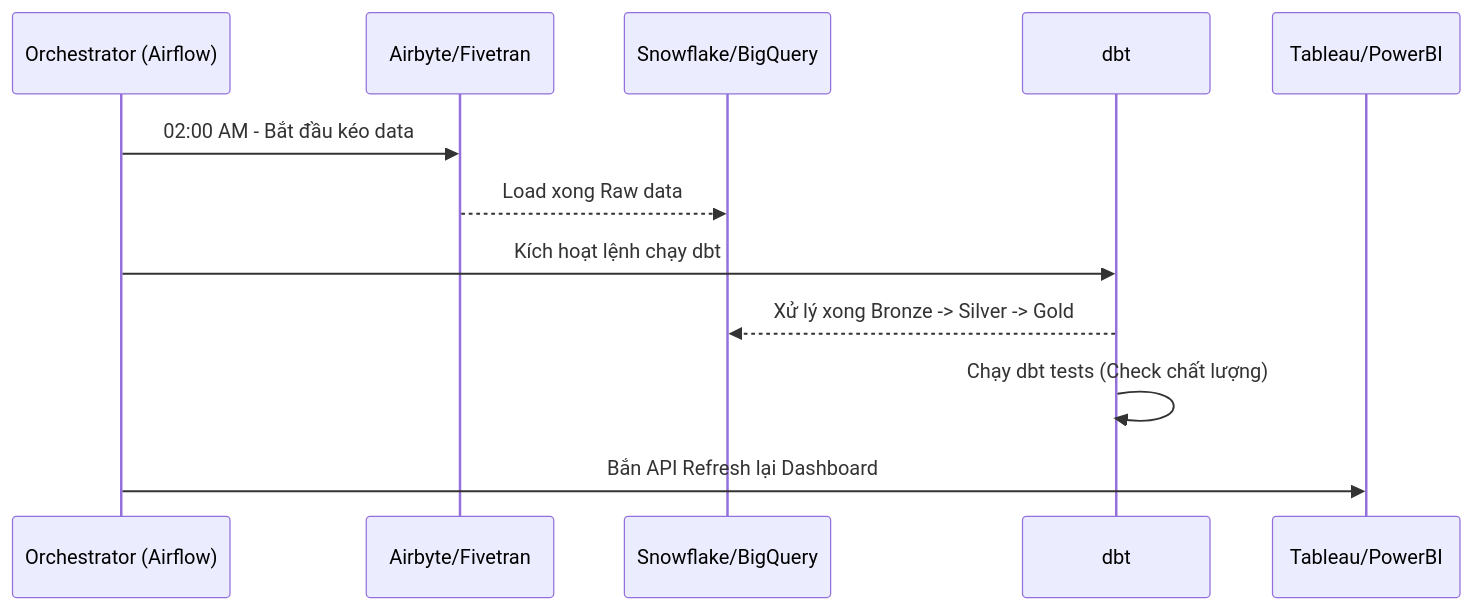
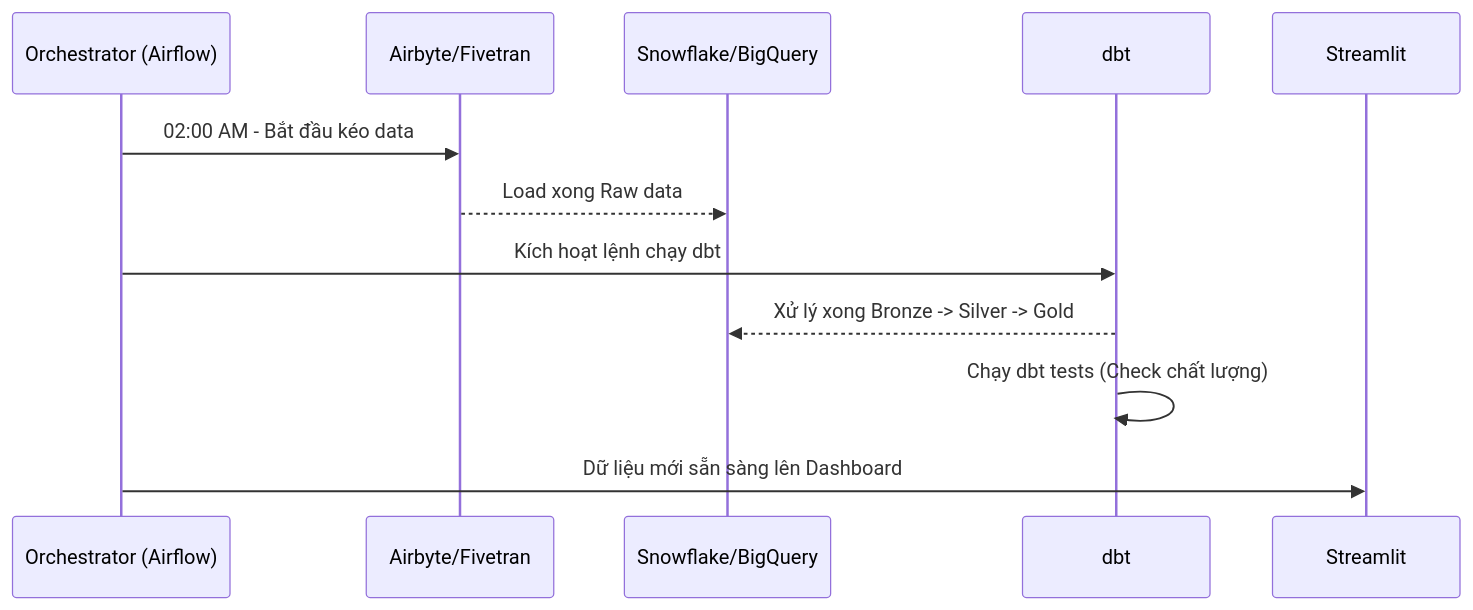
Before and after one commit to PhucTruong11/laplaptech_pipeline: the fourth of 4 diagrams in SYSTEM_DESIGN_GUIDE.md, drawn with Mermaid. The commit also changed other lines of this file and 1 other file, not shown here.

Commit message:
Fix flowchart

````diff
--- a/SYSTEM_DESIGN_GUIDE.md
+++ b/SYSTEM_DESIGN_GUIDE.md
@@ -139,15 +137,15 @@
 ```mermaid
 sequenceDiagram
     participant Airflow as Orchestrator (Airflow)
     participant Ingestion as Airbyte/Fivetran
     participant Warehouse as Snowflake/BigQuery
     participant Transform as dbt
-    participant BI as Tableau/PowerBI
+    participant App as Streamlit
 
     Airflow->>Ingestion: 02:00 AM - Bắt đầu kéo data
     Ingestion-->>Warehouse: Load xong Raw data
     Airflow->>Transform: Kích hoạt lệnh chạy dbt
     Transform-->>Warehouse: Xử lý xong Bronze -> Silver -> Gold
     Transform->>Transform: Chạy dbt tests (Check chất lượng)
-    Airflow->>BI: Bắn API Refresh lại Dashboard
+    Airflow->>App: Dữ liệu mới sẵn sàng lên Dashboard
 ```
````
